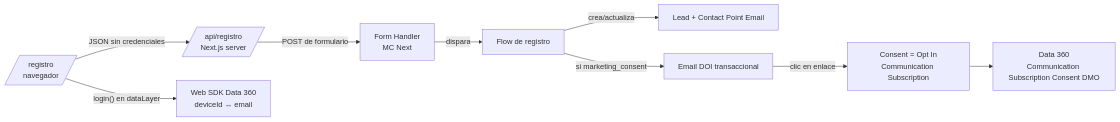
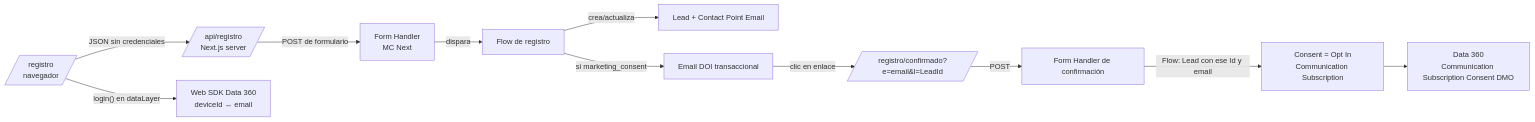
The diagram in marketingcloud/registro-doble-optin.md (byorkman/altamar-demo), drawn with Mermaid before and after one commit. The commit also changed other lines of this file, not shown here.

````diff
--- a/marketingcloud/registro-doble-optin.md
+++ b/marketingcloud/registro-doble-optin.md
@@ -7,11 +7,13 @@
 ```mermaid
 flowchart LR
   A[/registro<br/>navegador/] -- JSON sin credenciales --> B[/api/registro<br/>Next.js server/]
   B -- POST de formulario --> D[Form Handler<br/>MC Next]
   D -- dispara --> E[Flow de registro]
   E -- crea/actualiza --> F[Lead + Contact Point Email]
   E -- si marketing_consent --> G[Email DOI transaccional]
-  G -- clic en enlace --> H[Consent = Opt In<br/>Communication Subscription]
+  G -- clic en enlace --> K[/registro/confirmado?e=email&l=LeadId/]
+  K -- POST --> L[Form Handler de confirmación]
+  L -- Flow: Lead con ese Id y email --> H[Consent = Opt In<br/>Communication Subscription]
   H --> I[Data 360<br/>Communication Subscription Consent DMO]
   A -- login() en dataLayer --> J[Web SDK Data 360<br/>deviceId ↔ email]
 ```
````
